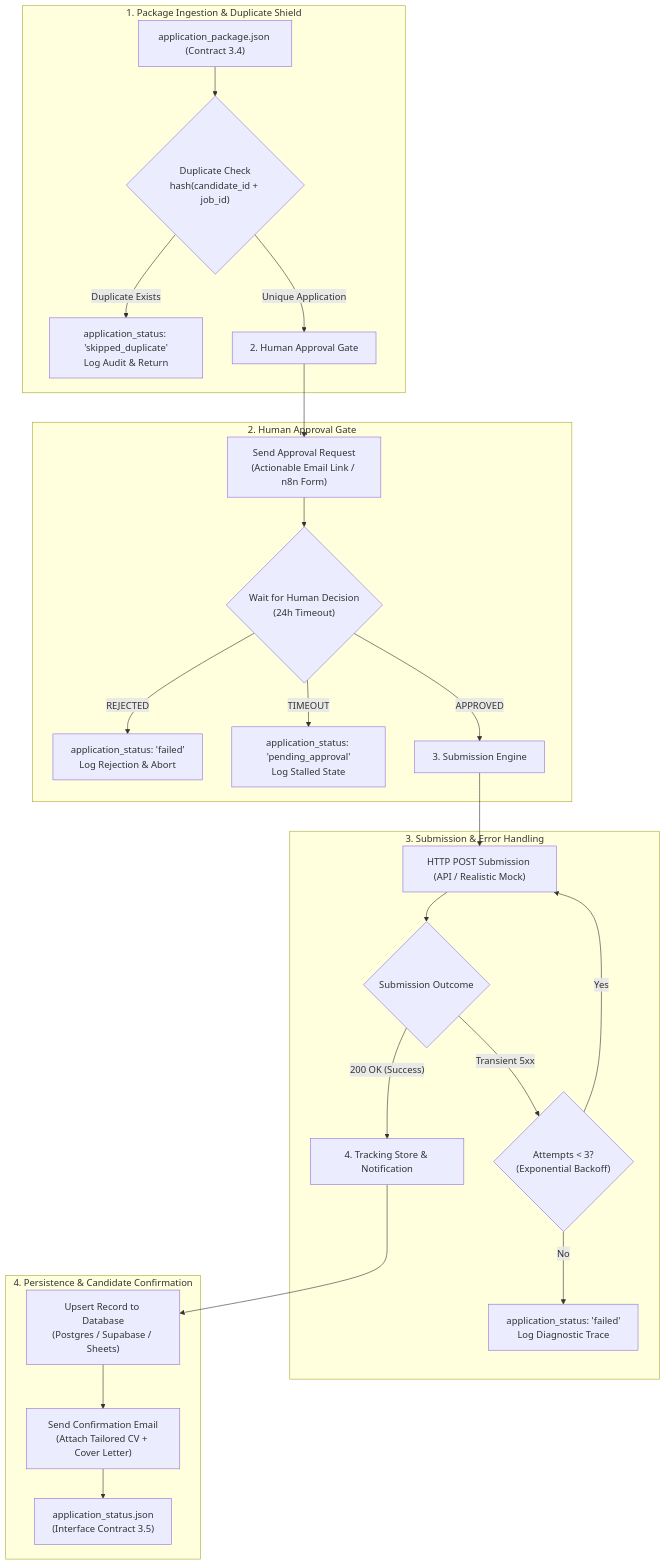
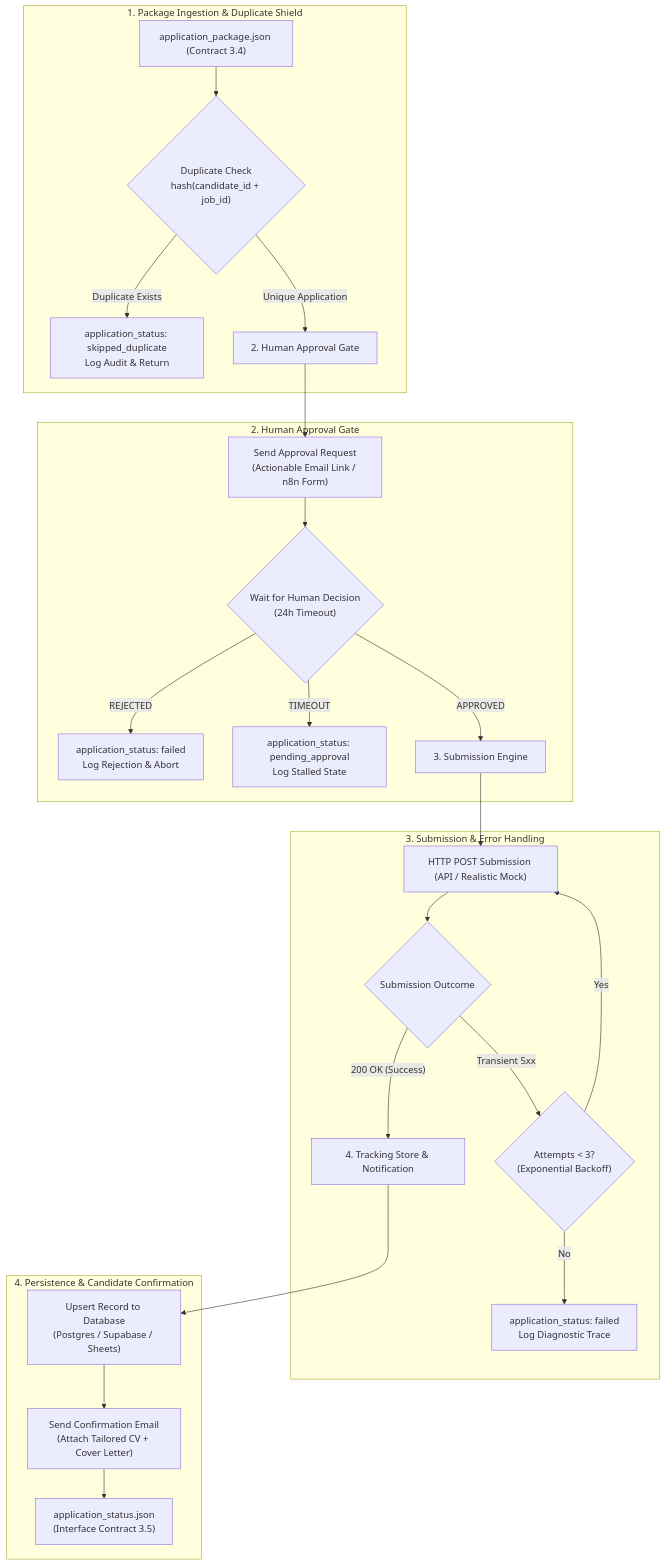
The diagram in Module_5_Application_Tracking/README.md (zeyad866/Melissa), drawn with Mermaid before and after one commit. The commit also changed 5 other files, not shown here.

Commit message:
fix(docs): quote Mermaid edge and node labels for GitHub compatibility

````diff
--- a/Module_5_Application_Tracking/README.md
+++ b/Module_5_Application_Tracking/README.md
@@ -11,34 +11,34 @@
 ```mermaid
 flowchart TD
     subgraph Ingest["1. Package Ingestion & Duplicate Shield"]
         Pkg["application_package.json (Contract 3.4)"] --> Dedup{"Duplicate Check<br/>hash(candidate_id + job_id)"}
-        Dedup -- "Duplicate Exists" --> Skip["application_status: 'skipped_duplicate'<br/>Log Audit & Return"]
+        Dedup -- "Duplicate Exists" --> Skip["application_status: skipped_duplicate<br/>Log Audit & Return"]
         Dedup -- "Unique Application" --> Gate["2. Human Approval Gate"]
     end
 
     subgraph Approval["2. Human Approval Gate"]
         Gate --> NotifyUser["Send Approval Request<br/>(Actionable Email Link / n8n Form)"]
         NotifyUser --> WaitDecision{"Wait for Human Decision<br/>(24h Timeout)"}
         
-        WaitDecision -- "REJECTED" --> StatusReject["application_status: 'failed'<br/>Log Rejection & Abort"]
-        WaitDecision -- "TIMEOUT" --> StatusTimeout["application_status: 'pending_approval'<br/>Log Stalled State"]
+        WaitDecision -- "REJECTED" --> StatusReject["application_status: failed<br/>Log Rejection & Abort"]
+        WaitDecision -- "TIMEOUT" --> StatusTimeout["application_status: pending_approval<br/>Log Stalled State"]
         WaitDecision -- "APPROVED" --> Submit["3. Submission Engine"]
     end
 
     subgraph Execution["3. Submission & Error Handling"]
         Submit --> HttpPost["HTTP POST Submission (API / Realistic Mock)"]
         HttpPost --> SubmitResult{"Submission Outcome"}
         
         SubmitResult -- "Transient 5xx" --> RetryLoop{"Attempts < 3?<br/>(Exponential Backoff)"}
         RetryLoop -- "Yes" --> HttpPost
-        RetryLoop -- "No" --> PermanentFail["application_status: 'failed'<br/>Log Diagnostic Trace"]
+        RetryLoop -- "No" --> PermanentFail["application_status: failed<br/>Log Diagnostic Trace"]
         
         SubmitResult -- "200 OK (Success)" --> Persist["4. Tracking Store & Notification"]
     end
 
     subgraph Output["4. Persistence & Candidate Confirmation"]
         Persist --> DB["Upsert Record to Database<br/>(Postgres / Supabase / Sheets)"]
         DB --> EmailCandidate["Send Confirmation Email<br/>(Attach Tailored CV + Cover Letter)"]
         EmailCandidate --> ContractOut["application_status.json<br/>(Interface Contract 3.5)"]
     end
 ```
````
